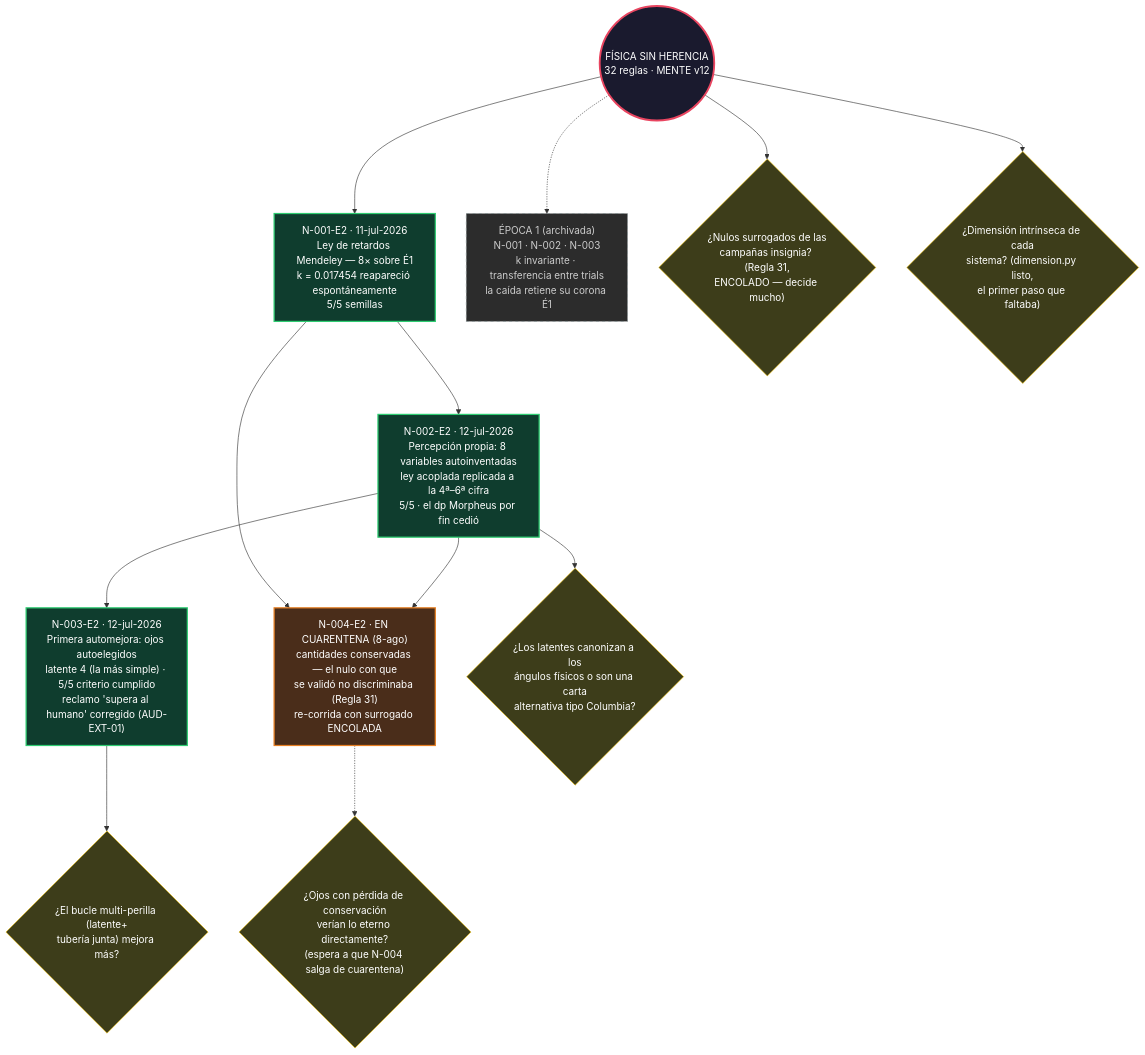
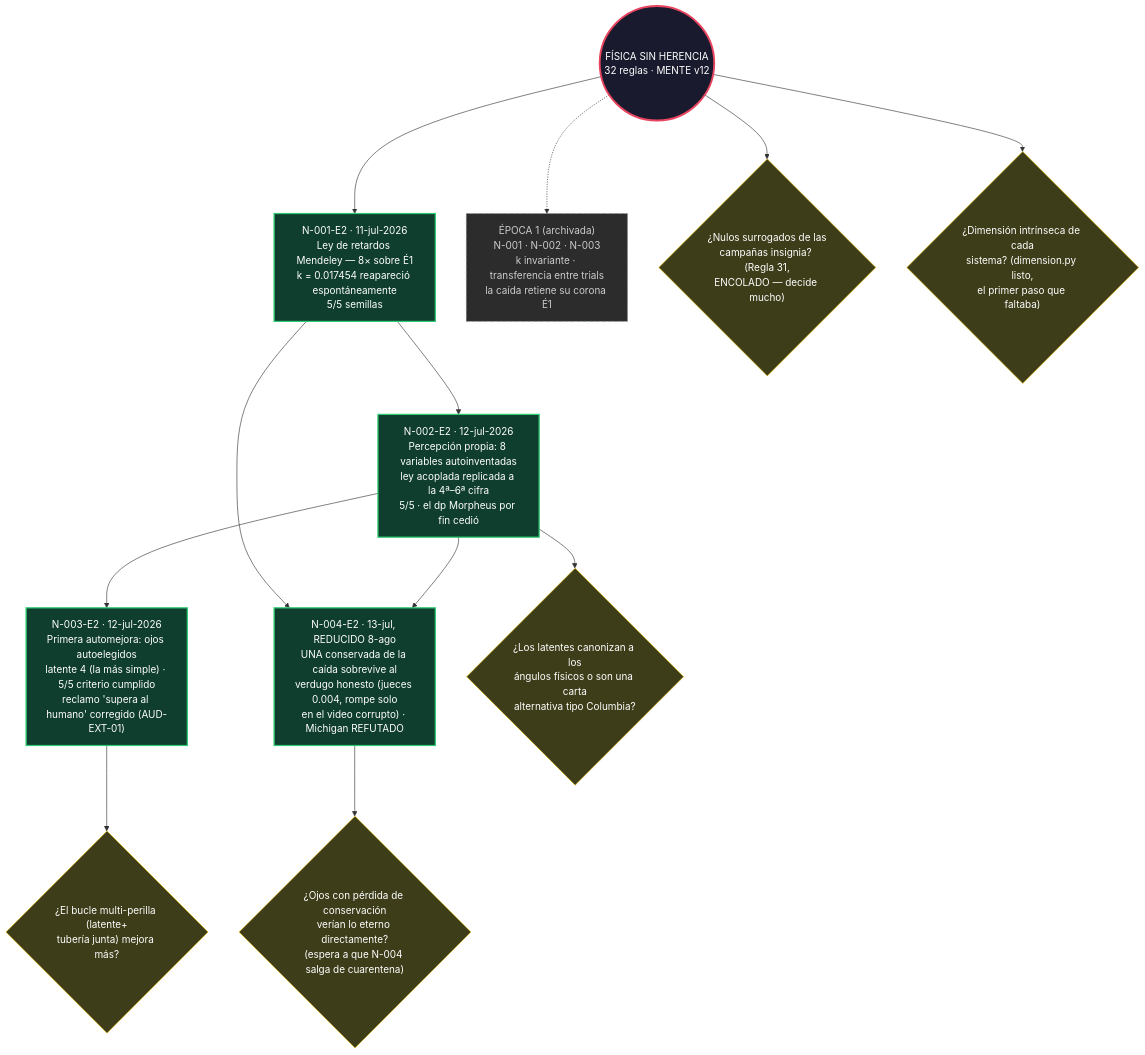
Before and after one commit to Leo-BRAVO/fisica-sin-herencia: the diagram in arbol/ARBOL.md, drawn with Mermaid. The commit also changed other lines of this file and 11 other files, not shown here.

````diff
--- a/arbol/ARBOL.md
+++ b/arbol/ARBOL.md
@@ -6,35 +6,35 @@
 ```mermaid
 graph TD
     RAIZ(("FÍSICA SIN HERENCIA<br/>32 reglas · MENTE v12")):::raiz
 
     E2N001["N-001-E2 · 11-jul-2026<br/>Ley de retardos Mendeley — 8× sobre É1<br/>k = 0.017454 reapareció espontáneamente<br/>5/5 semillas"]:::nodo
     E2N002["N-002-E2 · 12-jul-2026<br/>Percepción propia: 8 variables autoinventadas<br/>ley acoplada replicada a la 4ª–6ª cifra<br/>5/5 · el dp Morpheus por fin cedió"]:::nodo
     E2N003["N-003-E2 · 12-jul-2026<br/>Primera automejora: ojos autoelegidos<br/>latente 4 (la más simple) · 5/5 criterio cumplido<br/>reclamo 'supera al humano' corregido (AUD-EXT-01)"]:::nodo
-    E2N004["N-004-E2 · EN CUARENTENA (8-ago)<br/>cantidades conservadas — el nulo con que<br/>se validó no discriminaba (Regla 31)<br/>re-corrida con surrogado ENCOLADA"]:::cuarentena
+    E2N004["N-004-E2 · 13-jul, REDUCIDO 8-ago<br/>UNA conservada de la caída sobrevive al<br/>verdugo honesto (jueces 0.004, rompe solo<br/>en el video corrupto) · Michigan REFUTADO"]:::nodo
 
     E1["ÉPOCA 1 (archivada)<br/>N-001 · N-002 · N-003<br/>k invariante · transferencia entre trials<br/>la caída retiene su corona É1"]:::archivo
 
     P1{"¿Nulos surrogados de las<br/>campañas insignia? (Regla 31,<br/>ENCOLADO — decide mucho)"}:::pregunta
     P2{"¿Dimensión intrínseca de cada<br/>sistema? (dimension.py listo,<br/>el primer paso que faltaba)"}:::pregunta
     P3{"¿Los latentes canonizan a los<br/>ángulos físicos o son una carta<br/>alternativa tipo Columbia?"}:::pregunta
     P4{"¿Ojos con pérdida de conservación<br/>verían lo eterno directamente?<br/>(espera a que N-004 salga de cuarentena)"}:::pregunta
     P5{"¿El bucle multi-perilla (latente+<br/>tubería junta) mejora más?"}:::pregunta
 
     RAIZ --> E2N001
     RAIZ -.-> E1
     E2N001 --> E2N002
     E2N002 --> E2N003
     E2N001 --> E2N004
     E2N002 --> E2N004
     RAIZ --> P1
     RAIZ --> P2
     E2N002 --> P3
-    E2N004 -.-> P4
+    E2N004 --> P4
     E2N003 --> P5
 
     classDef raiz fill:#1a1a2e,stroke:#e94560,color:#fff,stroke-width:3px
     classDef nodo fill:#0f3d2e,stroke:#2ecc71,color:#fff,stroke-width:2px
     classDef cuarentena fill:#4a2d1a,stroke:#e67e22,color:#fff,stroke-width:2px
     classDef pregunta fill:#3d3d1a,stroke:#f1c40f,color:#fff
     classDef archivo fill:#2c2c2c,stroke:#7f8c8d,color:#ccc,stroke-dasharray: 5 5
 ```
````
